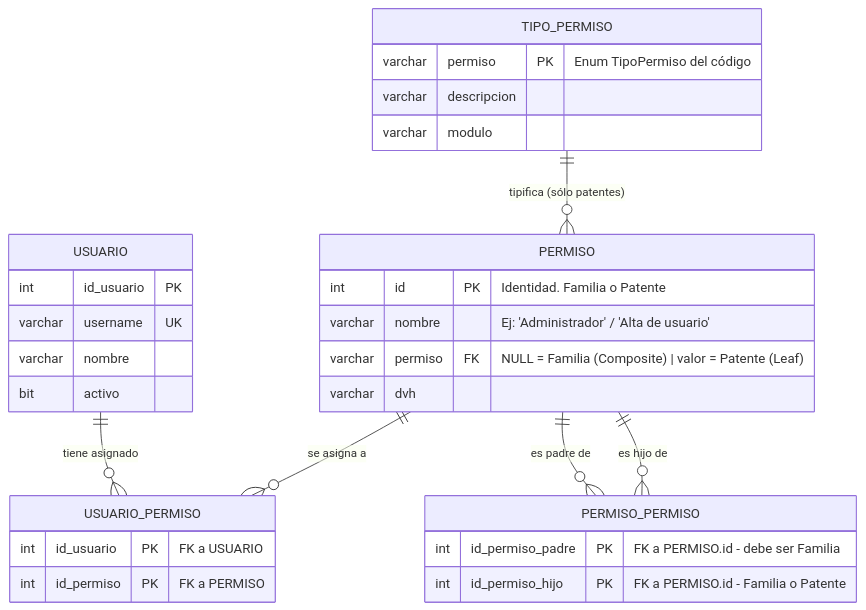
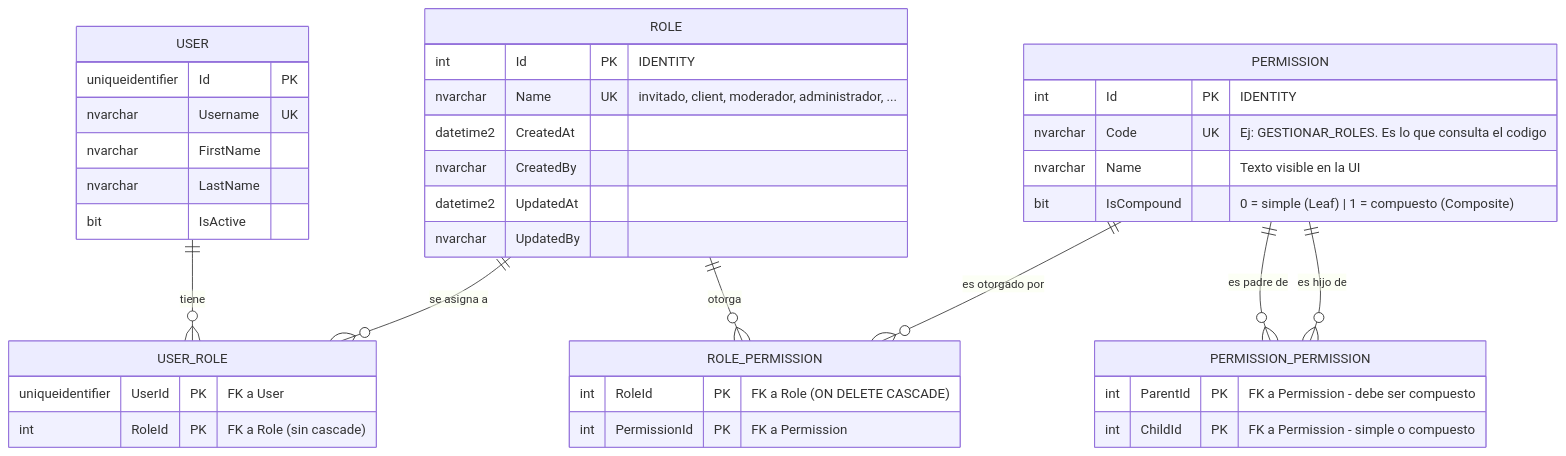
One commit to UAINahueLeandroDefeudi/uai-ing-soft changed the diagram in docs/ERS - Especificación de Requerimientos Software/DER - Diagrama entidad relación/DER-permisos-composite.md. Above: the diagram before and after it, drawn with Mermaid. The commit also changed other lines of this file and 48 other files, not shown here.

First line of the commit message:
Add unit tests for composite permissions and role management

````diff
--- a/docs/ERS - Especificación de Requerimientos Software/DER - Diagrama entidad relación/DER-permisos-composite.md
+++ b/docs/ERS - Especificación de Requerimientos Software/DER - Diagrama entidad relación/DER-permisos-composite.md
@@ -19,38 +17,48 @@
 ```mermaid
 erDiagram
-    USUARIO ||--o{ USUARIO_PERMISO : "tiene asignado"
-    PERMISO ||--o{ USUARIO_PERMISO : "se asigna a"
-    PERMISO ||--o{ PERMISO_PERMISO : "es padre de"
-    PERMISO ||--o{ PERMISO_PERMISO : "es hijo de"
-    TIPO_PERMISO ||--o{ PERMISO : "tipifica (sólo patentes)"
+    USER ||--o{ USER_ROLE : "tiene"
+    ROLE ||--o{ USER_ROLE : "se asigna a"
+    ROLE ||--o{ ROLE_PERMISSION : "otorga"
+    PERMISSION ||--o{ ROLE_PERMISSION : "es otorgado por"
+    PERMISSION ||--o{ PERMISSION_PERMISSION : "es padre de"
+    PERMISSION ||--o{ PERMISSION_PERMISSION : "es hijo de"
 
-    USUARIO {
-        int     id_usuario PK
-        varchar username   UK
-        varchar nombre
-        bit     activo
+    USER {
+        uniqueidentifier Id PK
+        nvarchar Username UK
+        nvarchar FirstName
+        nvarchar LastName
+        bit IsActive
     }
 
-    PERMISO {
-        int     id      PK "Identidad. Familia o Patente"
-        varchar nombre     "Ej: 'Administrador' / 'Alta de usuario'"
-        varchar permiso FK "NULL = Familia (Composite) | valor = Patente (Leaf)"
-        varchar dvh
+    ROLE {
+        int Id PK "IDENTITY"
+        nvarchar Name UK "invitado, client, moderador, administrador, ..."
+        datetime2 CreatedAt
+        nvarchar CreatedBy
+        datetime2 UpdatedAt
+        nvarchar UpdatedBy
     }
 
-    PERMISO_PERMISO {
-        int id_permiso_padre PK "FK a PERMISO.id - debe ser Familia"
-        int id_permiso_hijo  PK "FK a PERMISO.id - Familia o Patente"
+    PERMISSION {
+        int Id PK "IDENTITY"
+        nvarchar Code UK "Ej: GESTIONAR_ROLES. Es lo que consulta el codigo"
+        nvarchar Name "Texto visible en la UI"
+        bit IsCompound "0 = simple (Leaf) | 1 = compuesto (Composite)"
     }
 
-    USUARIO_PERMISO {
-        int id_usuario  PK "FK a USUARIO"
-        int id_permiso  PK "FK a PERMISO"
+    PERMISSION_PERMISSION {
+        int ParentId PK "FK a Permission - debe ser compuesto"
+        int ChildId PK "FK a Permission - simple o compuesto"
     }
 
-    TIPO_PERMISO {
-        varchar permiso     PK "Enum TipoPermiso del código"
-        varchar descripcion
-        varchar modulo
+    ROLE_PERMISSION {
+        int RoleId PK "FK a Role (ON DELETE CASCADE)"
+        int PermissionId PK "FK a Permission"
+    }
+
+    USER_ROLE {
+        uniqueidentifier UserId PK "FK a User"
+        int RoleId PK "FK a Role (sin cascade)"
     }
 ```
````
